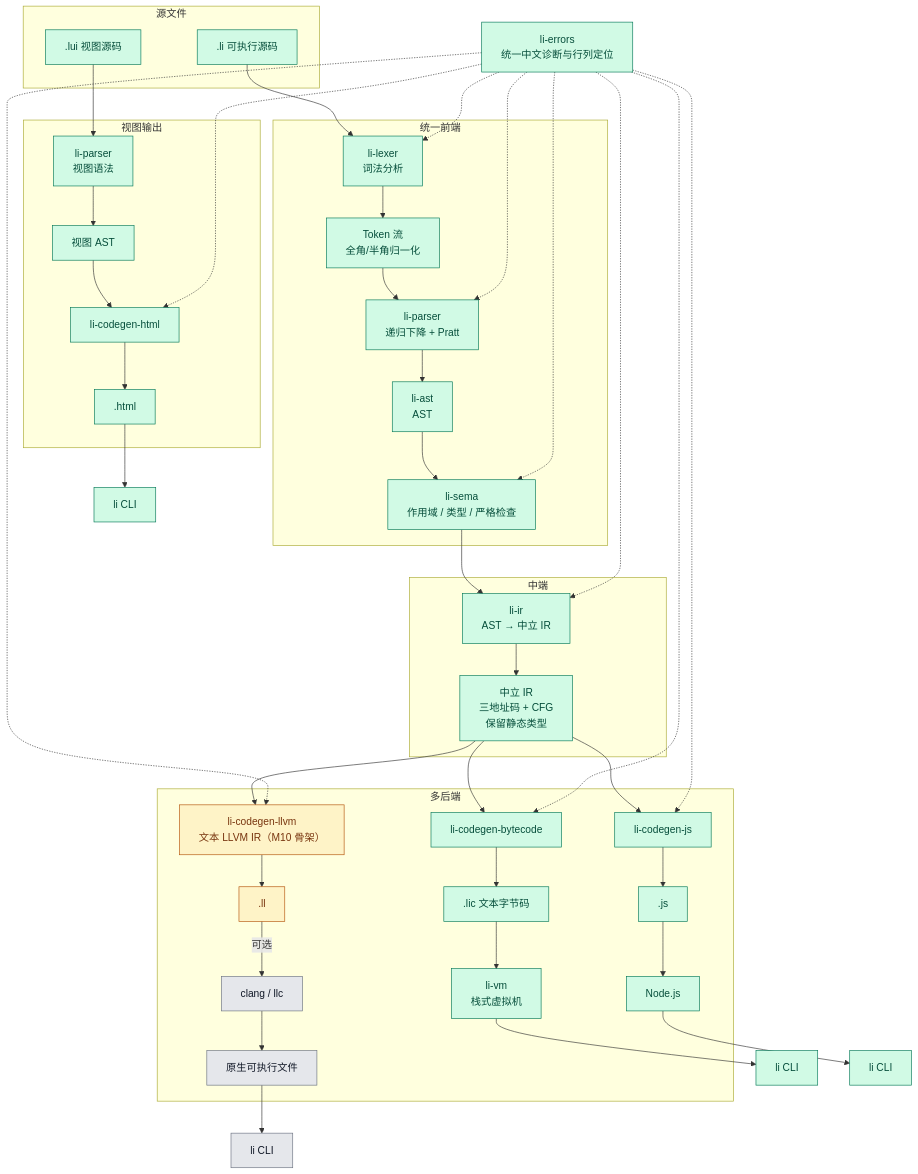
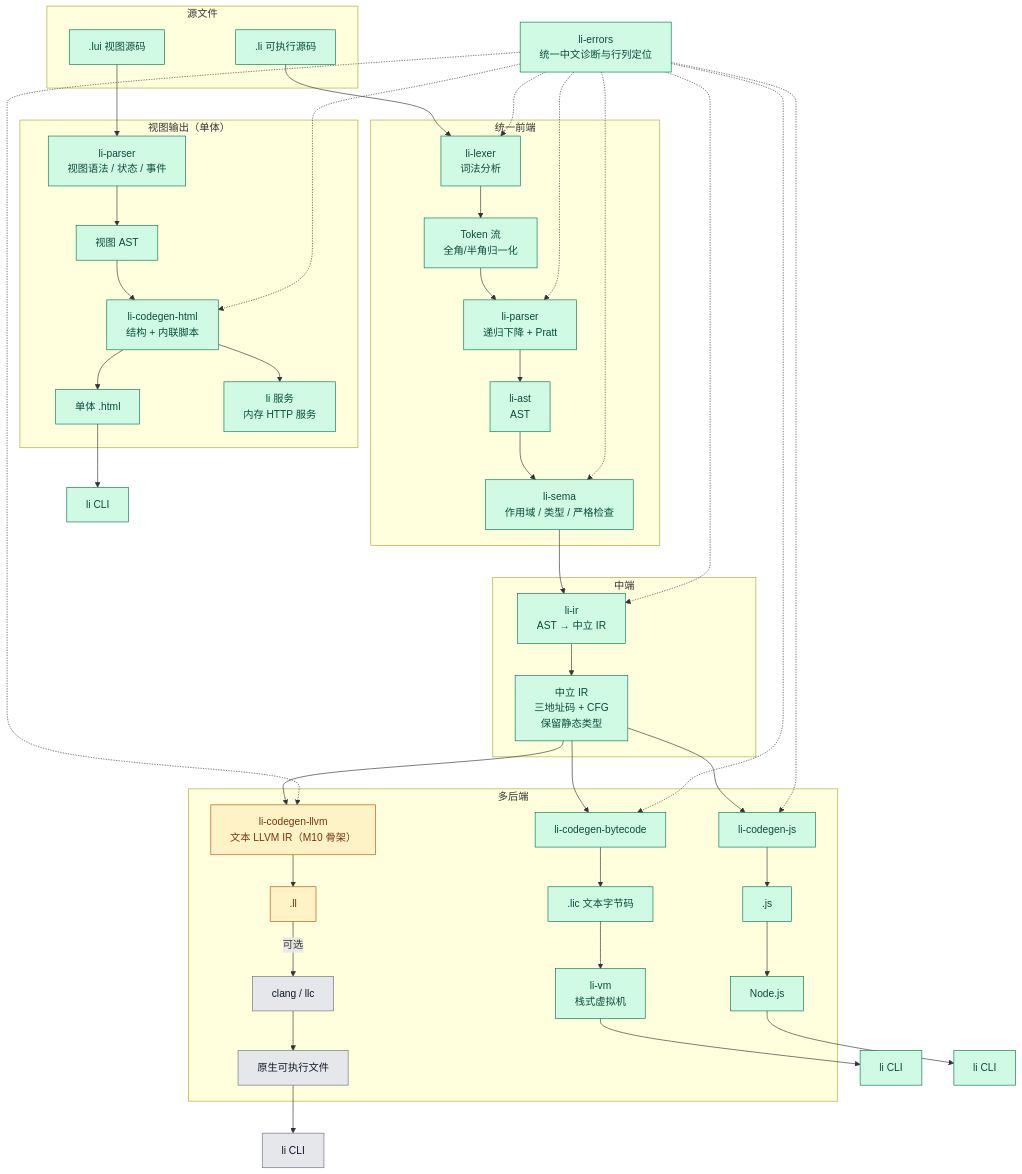
The diagram in 架构图.md (LiStudioorg/li), drawn with Mermaid before and after one commit. The commit also changed other lines of this file and 13 other files, not shown here.

First line of the commit message:
feat: 实现视图交互与单体全栈编译 (M7.5)

```diff
--- a/架构图.md
+++ b/架构图.md
@@ -44,11 +44,12 @@
         NATIVE["原生可执行文件"]:::planned
     end
 
-    subgraph VIEW["视图输出"]
-        VPAR["li-parser<br/>视图语法"]:::done
+    subgraph VIEW["视图输出（单体）"]
+        VPAR["li-parser<br/>视图语法 / 状态 / 事件"]:::done
         VAST["视图 AST"]:::done
-        HTML["li-codegen-html"]:::done
-        HTMLOUT[".html"]:::done
+        HTML["li-codegen-html<br/>结构 + 内联脚本"]:::done
+        HTMLOUT["单体 .html"]:::done
+        SERVE["li 服务<br/>内存 HTTP 服务"]:::done
     end
 
     DIAG["li-errors<br/>统一中文诊断与行列定位"]:::done
@@ -81,6 +82,7 @@
     VPAR --> VAST
     VAST --> HTML
     HTML --> HTMLOUT
+    HTML --> SERVE
     HTMLOUT --> CLI4
 
     DIAG -.-> LEX
```
